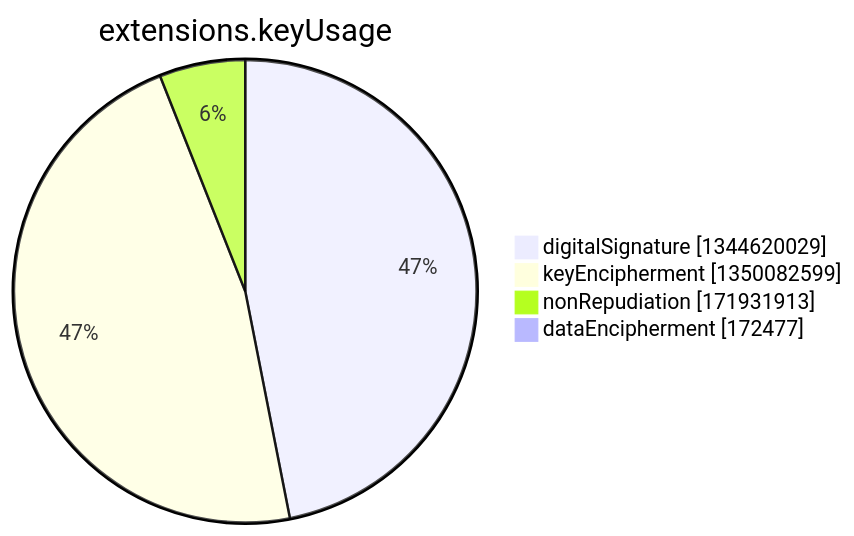
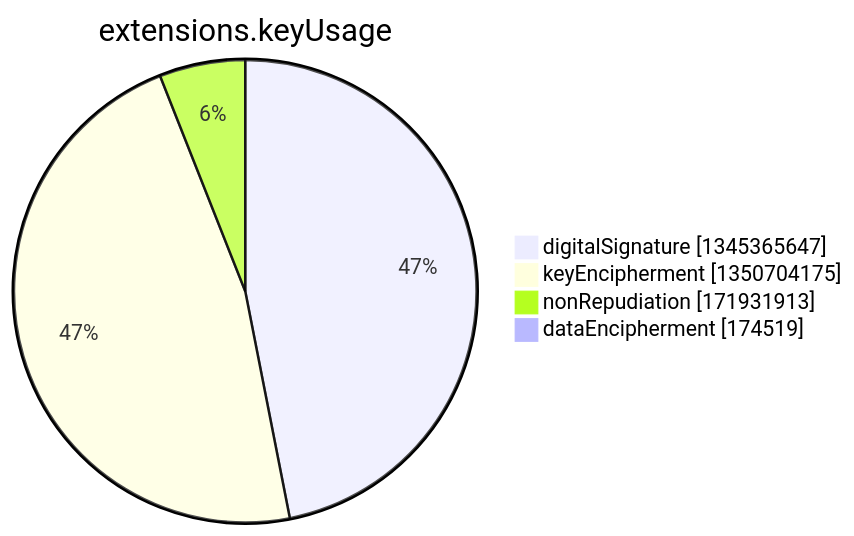
One commit to christiankrug/ctmonitor_visualization changed the seventh of 15 diagrams in argon2022/README.md. Above: the diagram before and after it, drawn with Mermaid. The commit also changed other lines of this file, not shown here.

````diff
--- a/argon2022/README.md
+++ b/argon2022/README.md
@@ -2750,8 +2750,8 @@
 ```mermaid
 pie showData
 title extensions.keyUsage
-"digitalSignature" :1344620029
-"keyEncipherment" :1350082599
+"digitalSignature" :1345365647
+"keyEncipherment" :1350704175
 "nonRepudiation" :171931913
-"dataEncipherment" :172477
+"dataEncipherment" :174519
 ```
````
